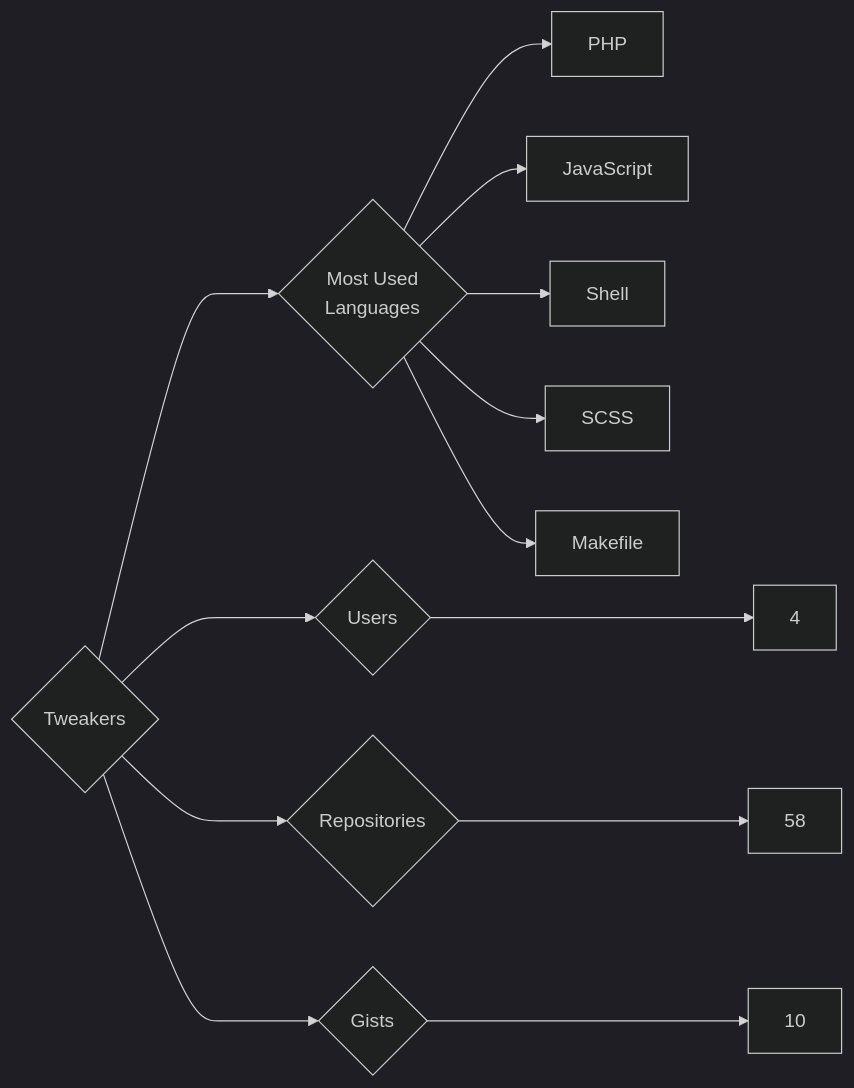
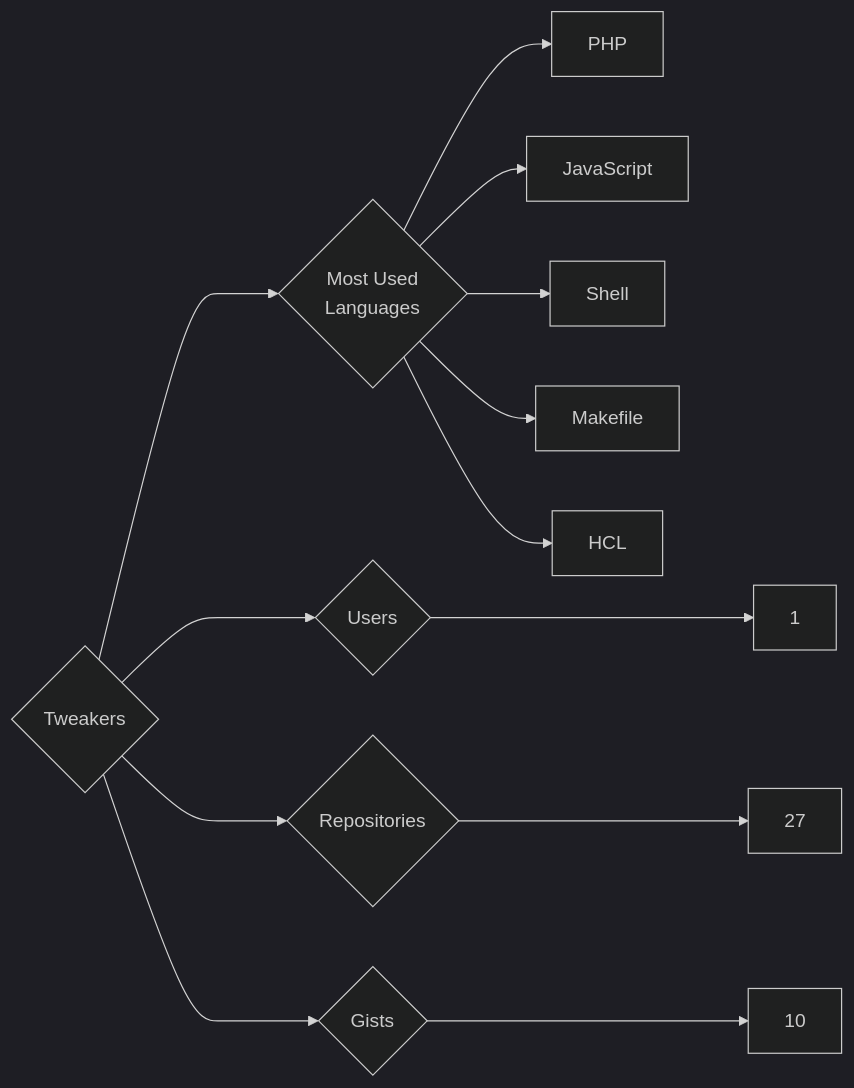
One commit to trickest/insiders changed the diagram in targets/Tweakers/README.md. Above: the diagram before and after it, drawn with Mermaid (dark theme). The commit also changed 823 other files, not shown here.

````diff
--- a/targets/Tweakers/README.md
+++ b/targets/Tweakers/README.md
@@ -3,13 +3,13 @@
 ```mermaid
 graph LR
 COMPANY_NAME{Tweakers}
-COMPANY_NAME ---> U{Users} ---> UN[4]
-COMPANY_NAME ---> R{Repositories} ---> RN[58]
+COMPANY_NAME ---> U{Users} ---> UN[1]
+COMPANY_NAME ---> R{Repositories} ---> RN[27]
 COMPANY_NAME ---> G{Gists} ---> GN[10]
 COMPANY_NAME ---> ML{Most Used<br>Languages}
 ML --> PHP[PHP]
 ML --> JavaScript[JavaScript]
 ML --> Shell[Shell]
-ML --> SCSS[SCSS]
 ML --> Makefile[Makefile]
+ML --> HCL[HCL]
 ```
````
